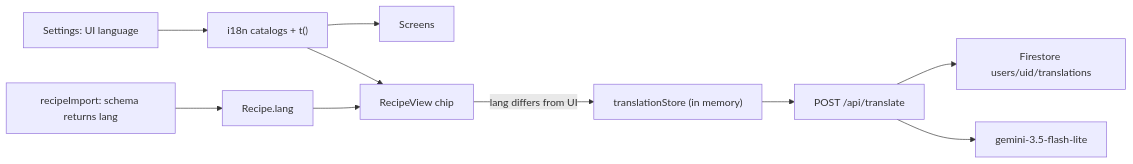
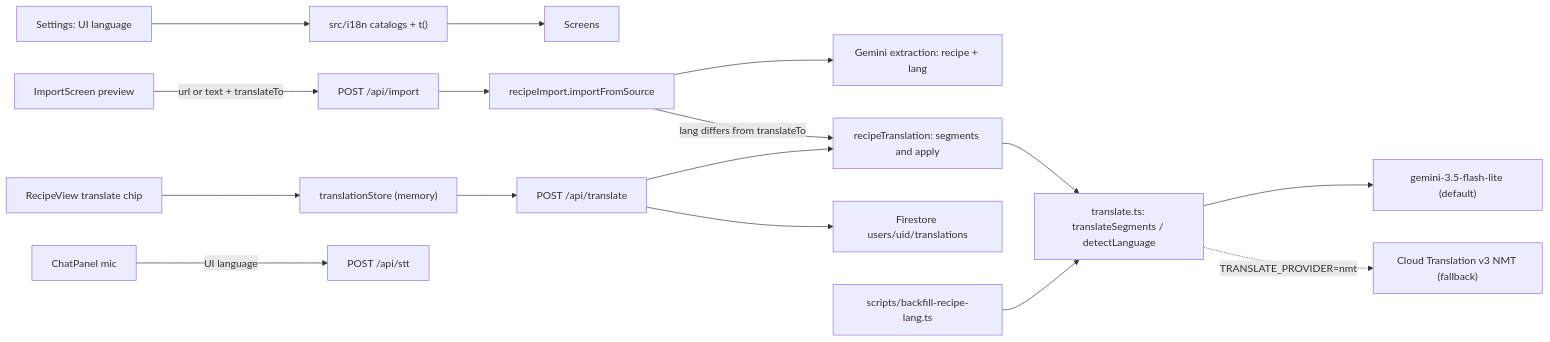
The diagram in docs/plans/i18n.md (Bluefire2/cook), drawn with Mermaid before and after one commit. The commit also changed other lines of this file and 1 other file, not shown here.

First line of the commit message:
docs(i18n): add constitution; plan translate-on-import, language codes, provider re-evaluation, backfill

````diff
--- a/docs/plans/i18n.md
+++ b/docs/plans/i18n.md
@@ -120,12 +224,18 @@
 ```mermaid
 flowchart LR
-  Settings["Settings: UI language"] --> I18n["i18n catalogs + t()"]
+  Settings["Settings: UI language"] --> I18n["src/i18n catalogs + t()"]
   I18n --> Screens
-  Import["recipeImport: schema returns lang"] --> RecipeLang["Recipe.lang"]
-  RecipeLang --> View["RecipeView chip"]
-  I18n --> View
-  View -->|"lang differs from UI"| TStore["translationStore (in memory)"]
+  ImportScreen["ImportScreen preview"] -->|"url or text + translateTo"| ImportRoute["POST /api/import"]
+  ImportRoute --> Pipeline["recipeImport.importFromSource"]
+  Pipeline --> Extract["Gemini extraction: recipe + lang"]
+  Pipeline -->|"lang differs from translateTo"| Segments["recipeTranslation: segments and apply"]
+  View["RecipeView translate chip"] --> TStore["translationStore (memory)"]
   TStore --> TApi["POST /api/translate"]
   TApi --> Cache["Firestore users/uid/translations"]
-  TApi --> Gemini["gemini-3.5-flash-lite"]
+  TApi --> Segments
+  Segments --> Translator["translate.ts: translateSegments / detectLanguage"]
+  Translator --> GeminiT["gemini-3.5-flash-lite (default)"]
+  Translator -.->|"TRANSLATE_PROVIDER=nmt"| NMT["Cloud Translation v3 NMT (fallback)"]
+  Backfill["scripts/backfill-recipe-lang.ts"] --> Translator
+  Mic["ChatPanel mic"] -->|"UI language"| Stt["POST /api/stt"]
 ```
````
